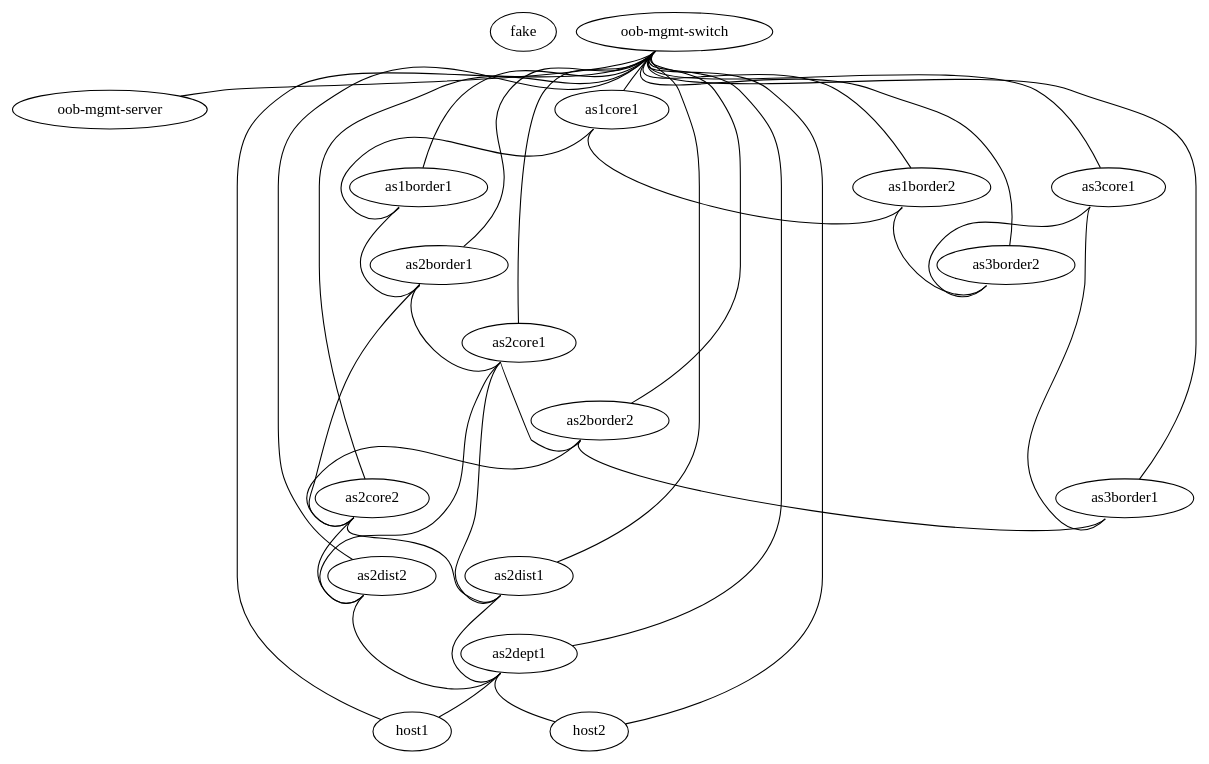
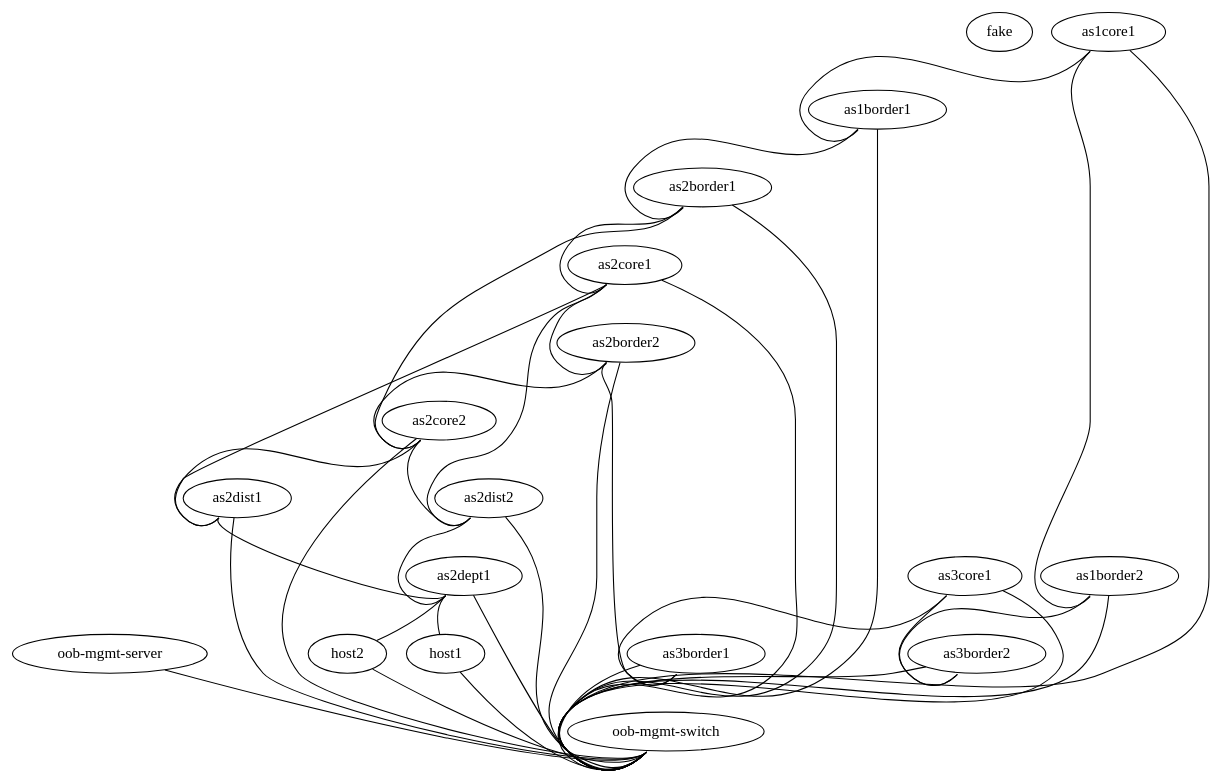
One commit to MheniMerz/batfish_examples changed the diagram in topology.dot. Above: the diagram before and after it, drawn with Graphviz.

```diff
--- a/topology.dot
+++ b/topology.dot
@@ -1,72 +1,72 @@
 graph batfish_examples_network{
    
    "fake" [function="fake"]
    "oob-mgmt-server"  [function="oob-server" cpu="4" memory="2048"]
    "oob-mgmt-switch"  [function="oob-switch" mgmt_ip="192.168.200.251" ports="64"]
 
    "as1core1" [function="spine"  os="sonic-202012-f6f4c7f4" mgmt_ip="192.168.200.11" ports="54"]
    "as1core1" [function="spine"  os="sonic-202012-f6f4c7f4" mgmt_ip="192.168.200.11" ports="54"]
    "as1border1" [function="leaf"  os="sonic-202012-f6f4c7f4" mgmt_ip="192.168.200.12" ports="54"]
    "as1border2" [function="leaf"  os="sonic-202012-f6f4c7f4" mgmt_ip="192.168.200.13" ports="54"]
 
    "as2core1" [function="spine"  os="sonic-202012-f6f4c7f4" mgmt_ip="192.168.200.21" ports="54"]
    "as2core2" [function="spine"  os="sonic-202012-f6f4c7f4" mgmt_ip="192.168.200.22" ports="54"]
    "as2border1" [function="leaf"  os="sonic-202012-f6f4c7f4" mgmt_ip="192.168.200.23" ports="54"]
    "as2border2" [function="leaf"  os="sonic-202012-f6f4c7f4" mgmt_ip="192.168.200.24" ports="54"]
    "as2dist1" [function="leaf"  os="sonic-202012-f6f4c7f4" mgmt_ip="192.168.200.25" ports="54"]
    "as2dist2" [function="leaf"  os="sonic-202012-f6f4c7f4" mgmt_ip="192.168.200.26" ports="54"]
    "as2dept1" [function="leaf"  os="sonic-202012-f6f4c7f4" mgmt_ip="192.168.200.27" ports="54"]
    "host1" [function="host"  os="generic/ubuntu1804" mgmt_ip="192.168.200.28" nic_model="e1000" memory="1024"]
    "host2" [function="host"  os="generic/ubuntu1804" mgmt_ip="192.168.200.29" nic_model="e1000" memory="1024"]
 
    "as3core1" [function="leaf"  os="sonic-202012-f6f4c7f4" mgmt_ip="192.168.200.31" ports="54"]
    "as3border1" [function="leaf"  os="sonic-202012-f6f4c7f4" mgmt_ip="192.168.200.32" ports="54"]
    "as3border2" [function="leaf"  os="sonic-202012-f6f4c7f4" mgmt_ip="192.168.200.33" ports="54"]
 
    "as1core1":"swp1" -- "as1border1":"swp1"
    "as1core1":"swp2" -- "as1border2":"swp1"
 
    "as1border1":"swp2" -- "as2border1":"swp1"
 
    "as1border2":"swp2" -- "as3border2":"swp2"
 
    "as2border1":"swp2" -- "as2core1":"swp1"
    "as2border1":"swp3" -- "as2core2":"swp1"
    
    "as2border2":"swp1" -- "as3border1":"swp2"
    "as2border2":"swp3" -- "as2core2":"swp2"
 
    "as2core1":"swp2" -- "as2border2":"swp2"
    "as2core1":"swp3" -- "as2dist1":"swp1"
    "as2core1":"swp4" -- "as2dist2":"swp1"
    
    "as2core2":"swp3" -- "as2dist1":"swp2"
    "as2core2":"swp4" -- "as2dist2":"swp2"
 
    "as2dist1":"swp3" -- "as2dept1":"swp1"
    "as2dist2":"swp3" -- "as2dept1":"swp2"
 
    "as2dept1":"swp3" -- "host1":"eth1"
    "as2dept1":"swp4" -- "host2":"eth1"
 
    "as3core1":"swp1" -- "as3border1":"swp1"
    "as3core1":"swp2" -- "as3border2":"swp1"
 
-   "oob-mgmt-switch":"swp1" -- "oob-mgmt-server":"eth0"
-   "oob-mgmt-switch":"swp2" -- "as1core1":"eth0"
-   "oob-mgmt-switch":"swp3" -- "as1border1":"eth0"
-   "oob-mgmt-switch":"swp4" -- "as1border2":"eth0"
-   "oob-mgmt-switch":"swp5" -- "as2core1":"eth0"
-   "oob-mgmt-switch":"swp6" -- "as2core2":"eth0"
-   "oob-mgmt-switch":"swp7" -- "as2border1":"eth0"
-   "oob-mgmt-switch":"swp8" -- "as2border2":"eth0"
-   "oob-mgmt-switch":"swp9" -- "as2dist1":"eth0"
-   "oob-mgmt-switch":"swp10" -- "as2dist2":"eth0"
-   "oob-mgmt-switch":"swp11" -- "as2dept1":"eth0"
-   "oob-mgmt-switch":"swp12" -- "as3core1":"eth0"
-   "oob-mgmt-switch":"swp13" -- "as3border1":"eth0"
-   "oob-mgmt-switch":"swp14" -- "as3border2":"eth0"
-   "oob-mgmt-switch":"swp15" -- "host1":"eth0"
-   "oob-mgmt-switch":"swp16" -- "host2":"eth0"
+   "oob-mgmt-server":"eth0" -- "oob-mgmt-switch":"swp1" [left_mac="44:38:50:22:01:01"] 
+   "as1core1":"eth0" -- "oob-mgmt-switch":"swp2" [left_mac="44:38:50:22:01:02"] 
+   "as1border1":"eth0" -- "oob-mgmt-switch":"swp3" [left_mac="44:38:50:22:01:03"]
+   "as1border2":"eth0" -- "oob-mgmt-switch":"swp4" [left_mac="44:38:50:22:01:04"]
+   "as2core1":"eth0" -- "oob-mgmt-switch":"swp5" [left_mac="44:38:50:22:01:05"]
+   "as2core2":"eth0" -- "oob-mgmt-switch":"swp6" [left_mac="44:38:50:22:01:06"]
+   "as2border1":"eth0" -- "oob-mgmt-switch":"swp7" [left_mac="44:38:50:22:01:07"]
+   "as2border2":"eth0" -- "oob-mgmt-switch":"swp8" [left_mac="44:38:50:22:01:08"]
+   "as2dist1":"eth0" -- "oob-mgmt-switch":"swp9" [left_mac="44:38:50:22:01:09"]
+    "as2dist2":"eth0" -- "oob-mgmt-switch":"swp10" [left_mac="44:38:50:22:01:10"]
+    "as2dept1":"eth0" -- "oob-mgmt-switch":"swp11" [left_mac="44:38:50:22:01:11"]
+    "as3core1":"eth0" -- "oob-mgmt-switch":"swp12" [left_mac="44:38:50:22:01:12"]
+    "as3border1":"eth0" -- "oob-mgmt-switch":"swp13" [left_mac="44:38:50:22:01:13"]
+    "as3border2":"eth0" -- "oob-mgmt-switch":"swp14" [left_mac="44:38:50:22:01:14"]
+    "host1":"eth0" -- "oob-mgmt-switch":"swp15" [left_mac="44:38:50:22:01:15"]
+    "host2":"eth0" -- "oob-mgmt-switch":"swp16" [left_mac="44:38:50:22:01:16"]
 
 }
```
